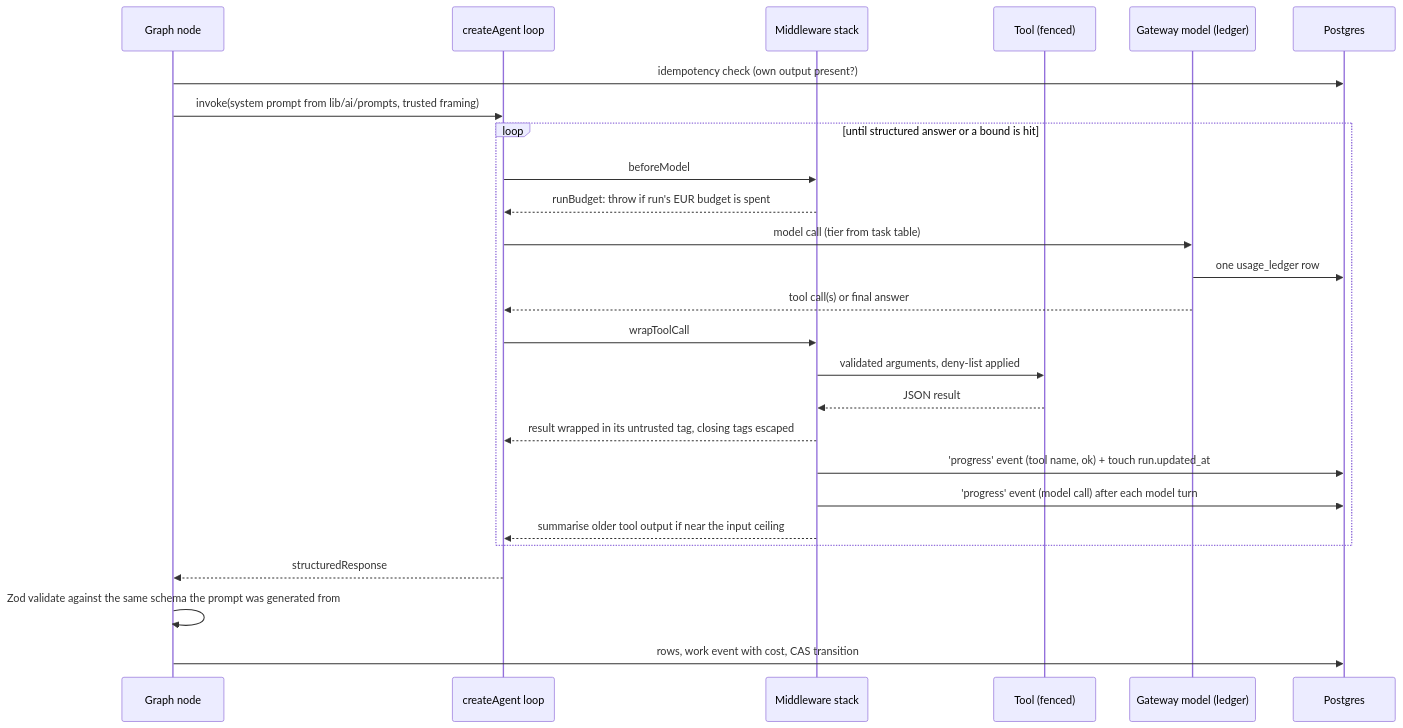
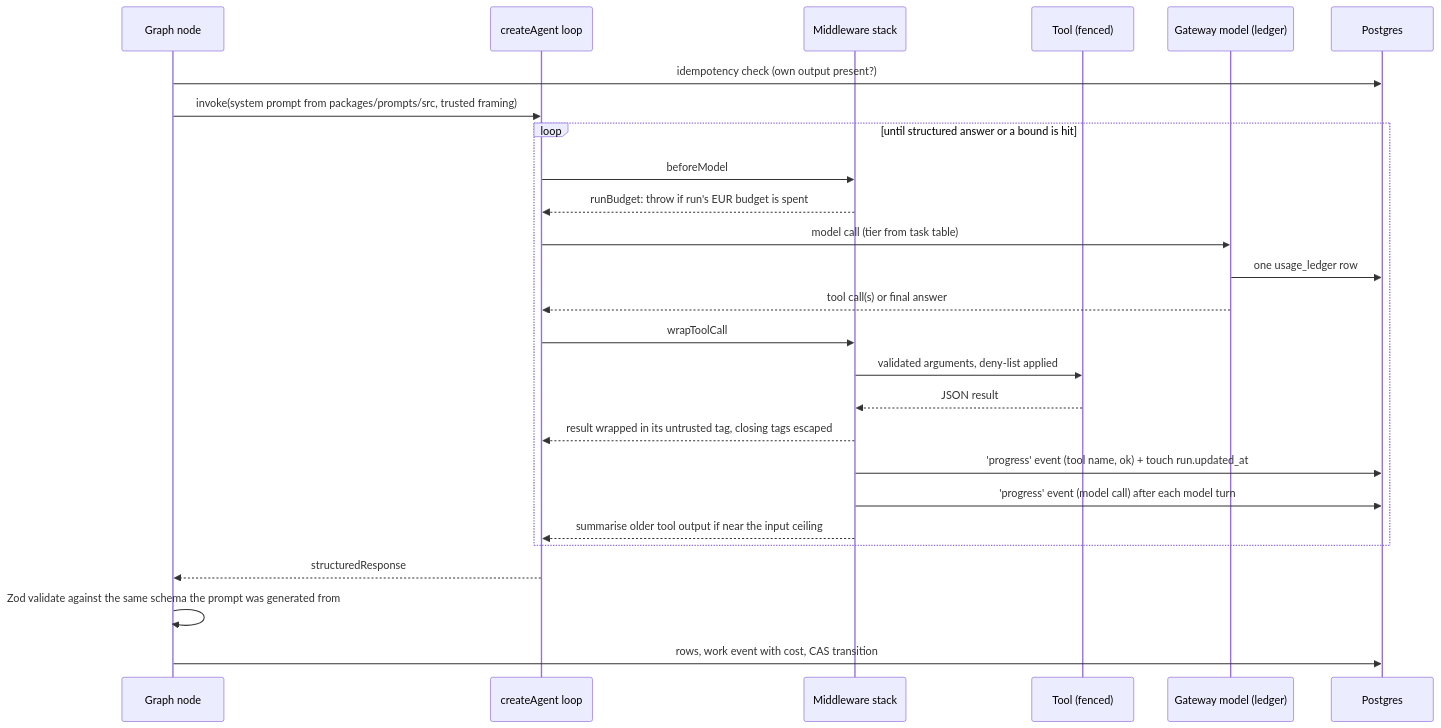
Before and after one commit to NehalKhare/deutsch-partner: the third of 4 diagrams in docs/product-ops-agents.md, drawn with Mermaid. The commit also changed other lines of this file and 1204 other files, not shown here.

````diff
--- a/docs/product-ops-agents.md
+++ b/docs/product-ops-agents.md
@@ -153,29 +153,29 @@
 ```mermaid
 sequenceDiagram
     participant Node as Graph node
     participant Agent as createAgent loop
     participant MW as Middleware stack
     participant Tool as Tool (fenced)
     participant GW as Gateway model (ledger)
     participant DB as Postgres
 
     Node->>DB: idempotency check (own output present?)
-    Node->>Agent: invoke(system prompt from lib/ai/prompts, trusted framing)
+    Node->>Agent: invoke(system prompt from packages/prompts/src, trusted framing)
     loop until structured answer or a bound is hit
         Agent->>MW: beforeModel
         MW-->>Agent: runBudget: throw if run's EUR budget is spent
         Agent->>GW: model call (tier from task table)
         GW->>DB: one usage_ledger row
         GW-->>Agent: tool call(s) or final answer
         Agent->>MW: wrapToolCall
         MW->>Tool: validated arguments, deny-list applied
         Tool-->>MW: JSON result
         MW-->>Agent: result wrapped in its untrusted tag, closing tags escaped
         MW->>DB: 'progress' event (tool name, ok) + touch run.updated_at
         MW->>DB: 'progress' event (model call) after each model turn
         MW-->>Agent: summarise older tool output if near the input ceiling
     end
     Agent-->>Node: structuredResponse
     Node->>Node: Zod validate against the same schema the prompt was generated from
     Node->>DB: rows, work event with cost, CAS transition
 ```
````
